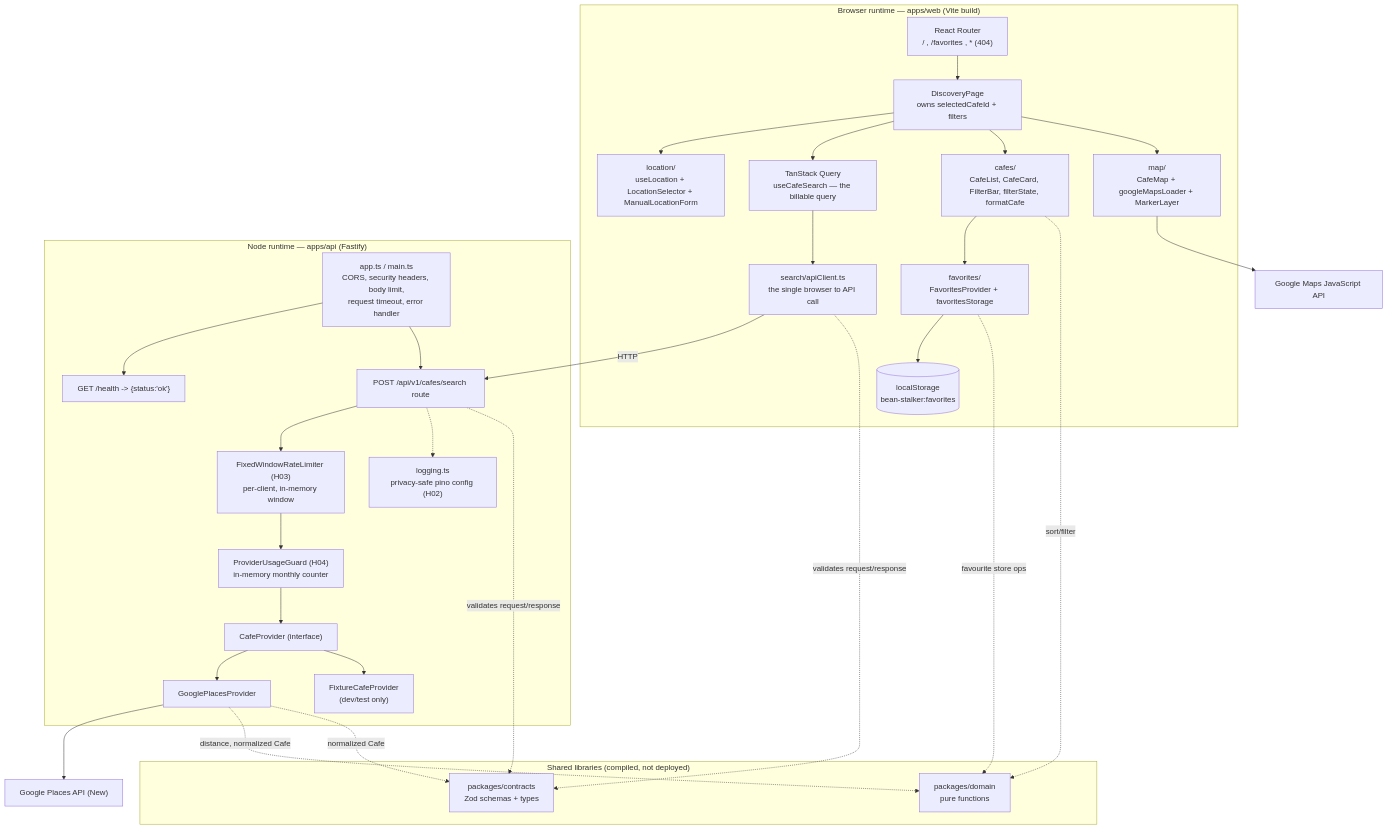
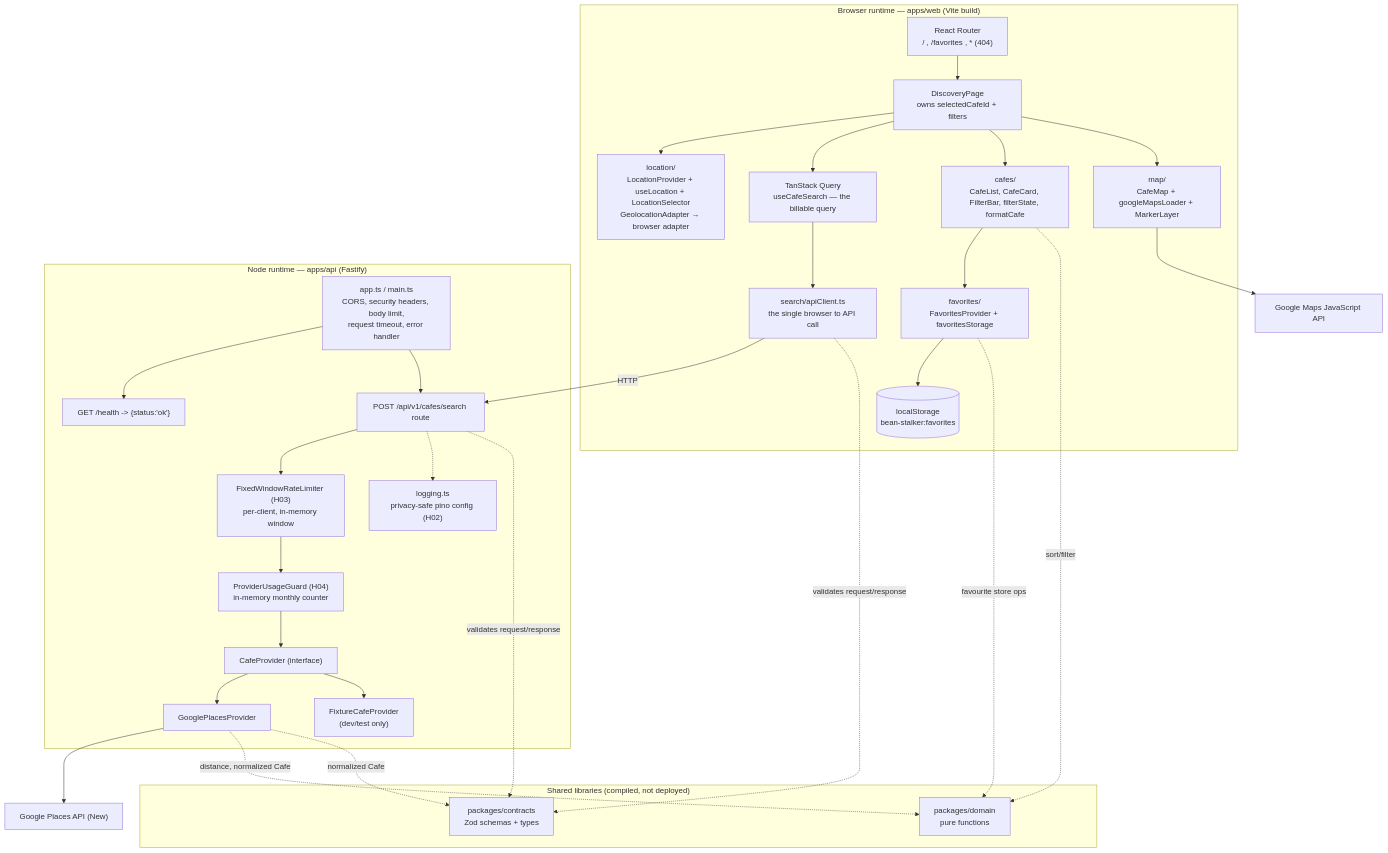
Before and after one commit to park-anju/bean-stalker: the second of 7 diagrams in docs/05_ARCHITECTURE/System Architecture.md, drawn with Mermaid. The commit also changed other lines of this file and 91 other files, not shown here.

Commit message:
feat: establish Android app and native location flow

````diff
--- a/docs/05_ARCHITECTURE/System Architecture.md
+++ b/docs/05_ARCHITECTURE/System Architecture.md
@@ -103,60 +103,60 @@
 ```mermaid
 flowchart TD
   subgraph browser["Browser runtime — apps/web (Vite build)"]
     router["React Router<br/>/ , /favorites , * (404)"]
     disc["DiscoveryPage<br/>owns selectedCafeId + filters"]
-    loc["location/<br/>useLocation + LocationSelector + ManualLocationForm"]
+    loc["location/<br/>LocationProvider + useLocation + LocationSelector<br/>GeolocationAdapter → browser adapter"]
     tq["TanStack Query<br/>useCafeSearch — the billable query"]
     apiclient["search/apiClient.ts<br/>the single browser to API call"]
     cafes["cafes/<br/>CafeList, CafeCard, FilterBar, filterState, formatCafe"]
     map["map/<br/>CafeMap + googleMapsLoader + MarkerLayer"]
     favctx["favorites/<br/>FavoritesProvider + favoritesStorage"]
     ls[("localStorage<br/>bean-stalker:favorites")]
   end
 
   subgraph server["Node runtime — apps/api (Fastify)"]
     appwire["app.ts / main.ts<br/>CORS, security headers, body limit,<br/>request timeout, error handler"]
     health["GET /health -> {status:'ok'}"]
     route["POST /api/v1/cafes/search route"]
     rl["FixedWindowRateLimiter (H03)<br/>per-client, in-memory window"]
     guard["ProviderUsageGuard (H04)<br/>in-memory monthly counter"]
     prov["CafeProvider (interface)"]
     gp["GooglePlacesProvider"]
     fx["FixtureCafeProvider<br/>(dev/test only)"]
     log["logging.ts<br/>privacy-safe pino config (H02)"]
   end
 
   subgraph shared["Shared libraries (compiled, not deployed)"]
     contracts["packages/contracts<br/>Zod schemas + types"]
     domain["packages/domain<br/>pure functions"]
   end
 
   extPlaces["Google Places API (New)"]
   extMaps["Google Maps JavaScript API"]
 
   router --> disc
   disc --> loc
   disc --> tq
   tq --> apiclient
   apiclient -->|"HTTP"| route
   disc --> cafes
   disc --> map
   map --> extMaps
   favctx --> ls
   cafes --> favctx
 
   appwire --> health
   appwire --> route
   route --> rl --> guard --> prov
   prov --> gp
   prov --> fx
   gp --> extPlaces
   route -.-> log
 
   apiclient -. "validates request/response" .-> contracts
   route -. "validates request/response" .-> contracts
   cafes -. "sort/filter" .-> domain
   favctx -. "favourite store ops" .-> domain
   gp -. "distance, normalized Cafe" .-> domain
   gp -. "normalized Cafe" .-> contracts
 ```
````
